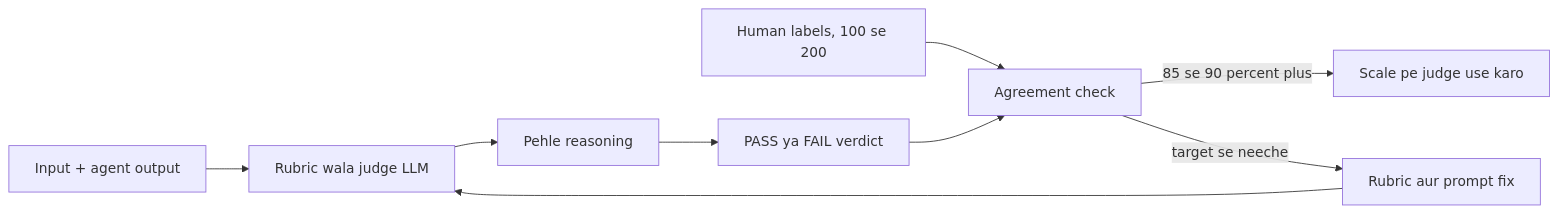
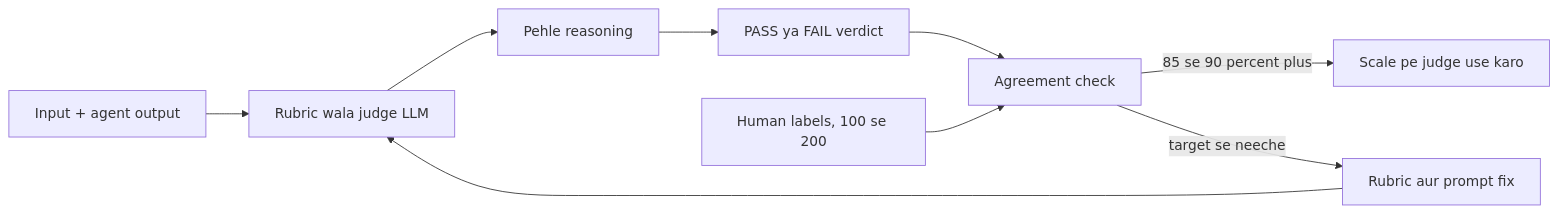
The fifth of 9 diagrams in content/11-agentic/09-agent-evals.md (flow6979/viewinter), drawn with Mermaid before and after one commit. The commit also changed other lines of this file and 26 other files, not shown here.

First line of the commit message:
Agentic AI: rewrite all 13 pages to explain from scratch; animate diagrams on every article

````diff
--- a/content/11-agentic/09-agent-evals.md
+++ b/content/11-agentic/09-agent-evals.md
@@ -170,11 +332,11 @@
 ```mermaid
 flowchart LR
     I["Input + agent output"] --> J["Rubric wala judge LLM"]
     J --> RS["Pehle reasoning"]
     RS --> V["PASS ya FAIL verdict"]
-    H["Human labels, 100 se 200"] --> AG["Agreement check"]
-    V --> AG
+    V --> AG["Agreement check"]
+    H["Human labels, 100 se 200"] --> AG
     AG -->|85 se 90 percent plus| USE["Scale pe judge use karo"]
     AG -->|target se neeche| FIX["Rubric aur prompt fix"]
     FIX --> J
 ```
````
